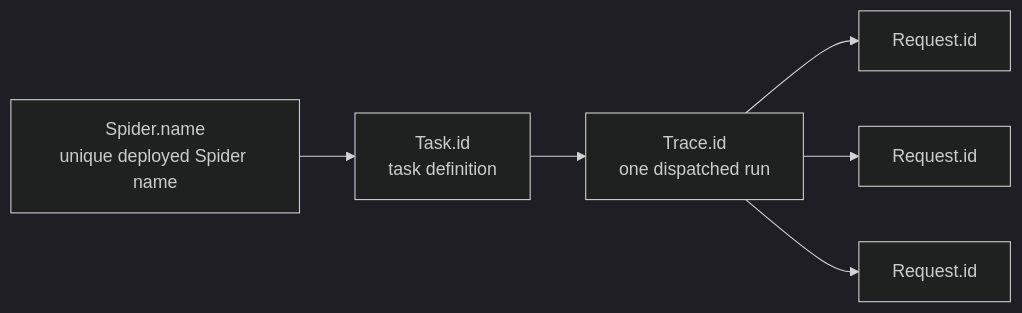
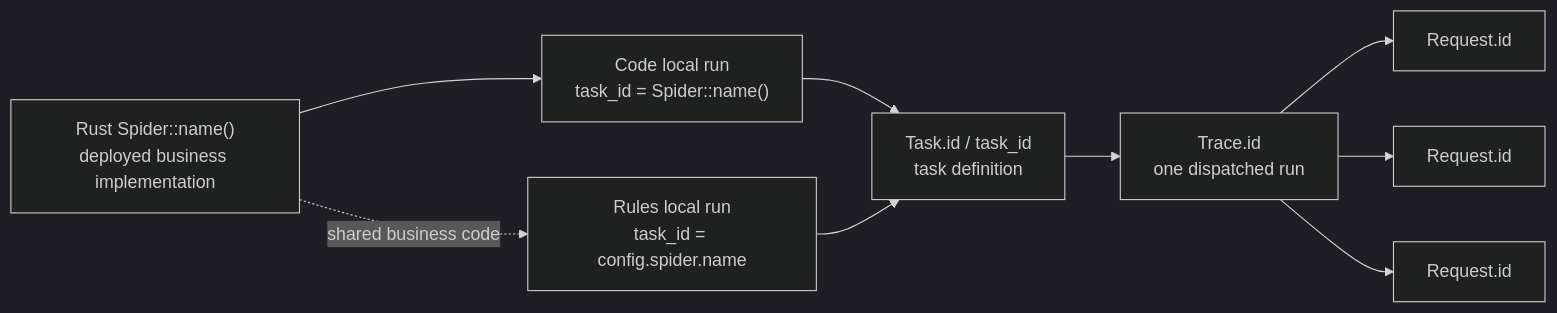
Before and after one commit to halo-space/crawler: the second of 5 diagrams in docs/architecture.md, drawn with Mermaid (dark theme). The commit also changed other lines of this file and 18 other files, not shown here.

````diff
--- a/docs/architecture.md
+++ b/docs/architecture.md
@@ -94,8 +94,15 @@
 ```mermaid
 flowchart LR
-    S["Spider.name<br/>unique deployed Spider name"] --> T["Task.id<br/>task definition"]
+    S["Rust Spider::name()<br/>deployed business implementation"]
+    C["Code local run<br/>task_id = Spider::name()"]
+    Y["Rules local run<br/>task_id = config.spider.name"]
+    T["Task.id / task_id<br/>task definition"]
+    S --> C
+    S -. shared business code .-> Y
+    C --> T
+    Y --> T
     T --> R["Trace.id<br/>one dispatched run"]
     R --> Q1["Request.id"]
     R --> Q2["Request.id"]
     R --> Q3["Request.id"]
 ```
````
